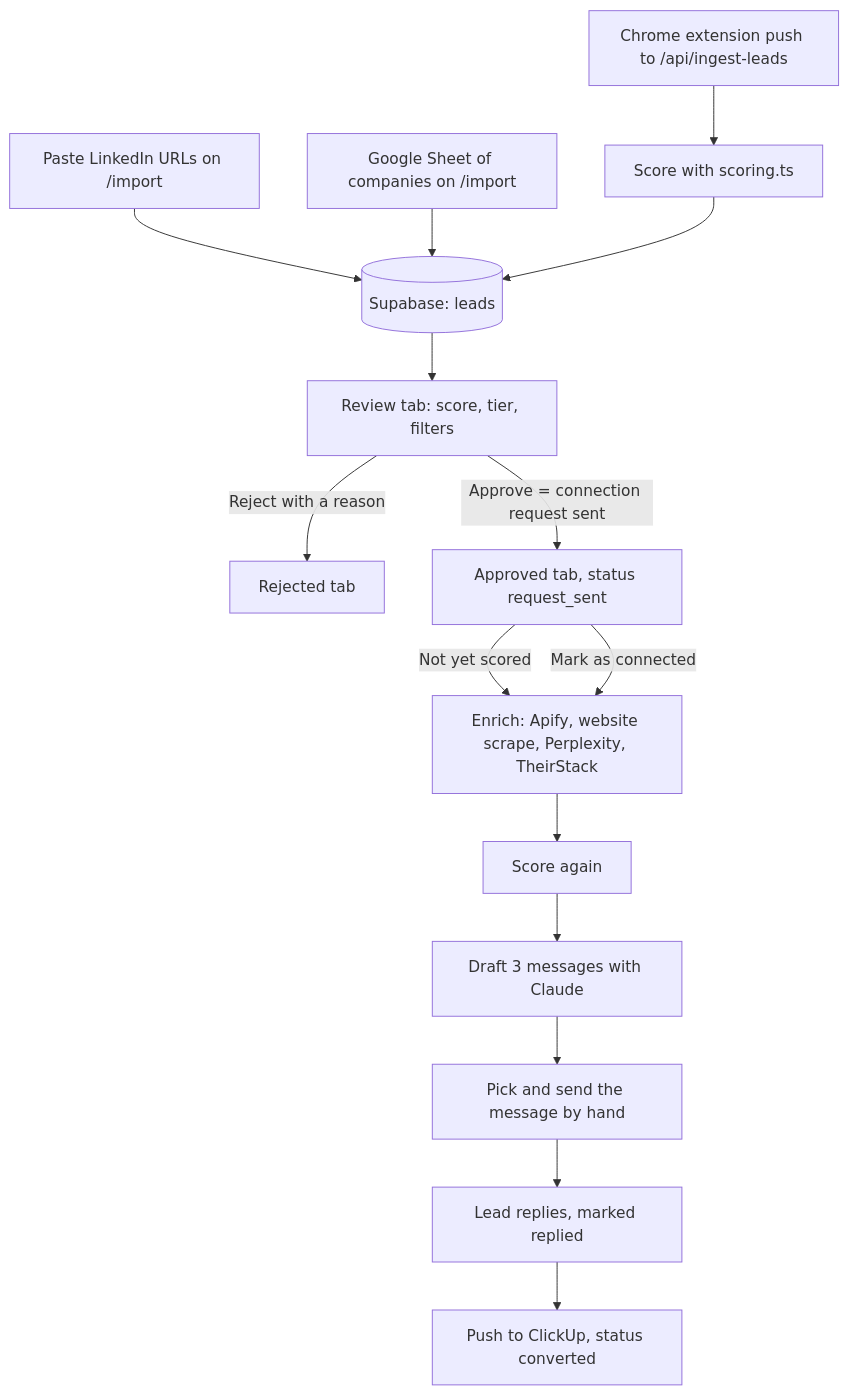
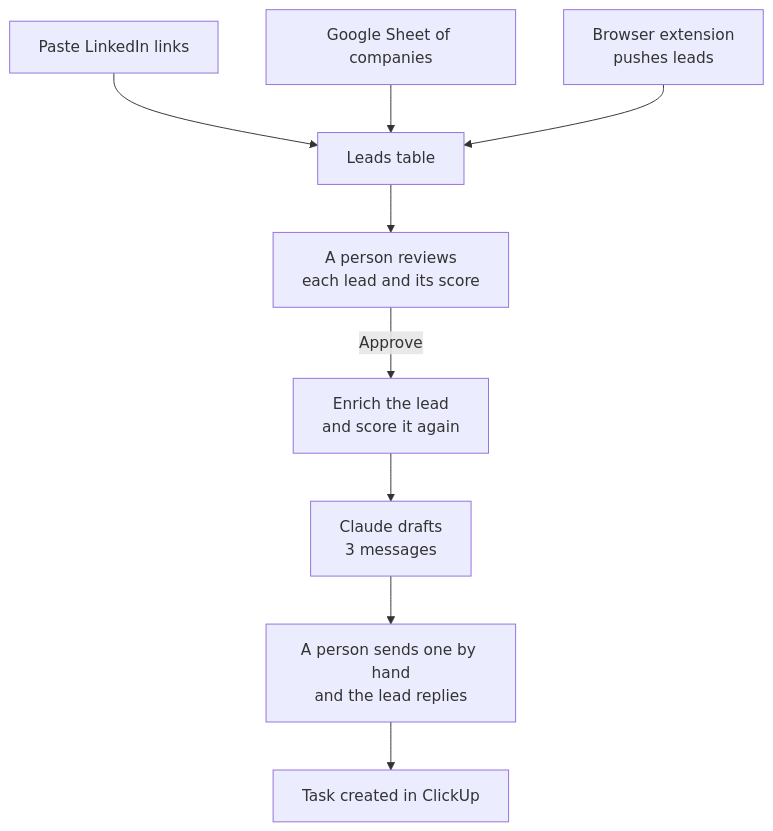
The diagram in README.md (nikitazhylkin/digx-leadgen-web), drawn with Mermaid before and after one commit. The commit also changed other lines of this file, not shown here.

Commit message:
docs: simplify the README diagram so GitHub renders it

````diff
--- a/README.md
+++ b/README.md
@@ -11,17 +11,11 @@
 ```mermaid
 flowchart TD
-    A[Paste LinkedIn URLs on /import] --> D[(Supabase: leads)]
-    B[Google Sheet of companies on /import] --> D
-    C[Chrome extension push to /api/ingest-leads] --> S[Score with scoring.ts]
-    S --> D
-    D --> R[Review tab: score, tier, filters]
-    R -->|Reject with a reason| X[Rejected tab]
-    R -->|Approve = connection request sent| Q[Approved tab, status request_sent]
-    Q -->|Not yet scored| E
-    Q -->|Mark as connected| E[Enrich: Apify, website scrape, Perplexity, TheirStack]
-    E --> S2[Score again]
-    S2 --> G[Draft 3 messages with Claude]
-    G --> M[Pick and send the message by hand]
-    M --> Y[Lead replies, marked replied]
-    Y --> P[Push to ClickUp, status converted]
+    A[Paste LinkedIn links] --> D[Leads table]
+    B[Google Sheet of companies] --> D
+    C[Browser extension<br/>pushes leads] --> D
+    D --> E[A person reviews<br/>each lead and its score]
+    E -->|Approve| F[Enrich the lead<br/>and score it again]
+    F --> G[Claude drafts<br/>3 messages]
+    G --> H[A person sends one by hand<br/>and the lead replies]
+    H --> I[Task created in ClickUp]
 ```
````
